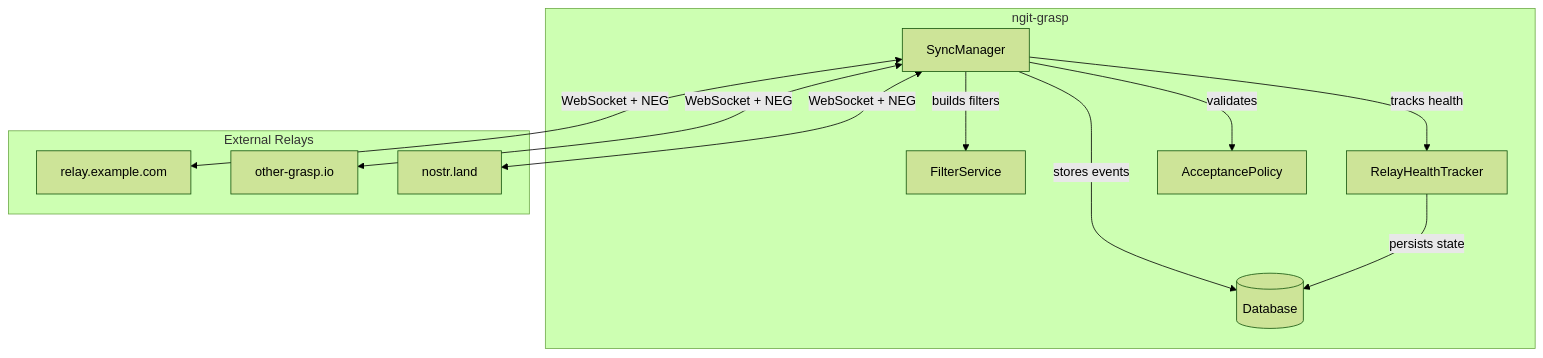
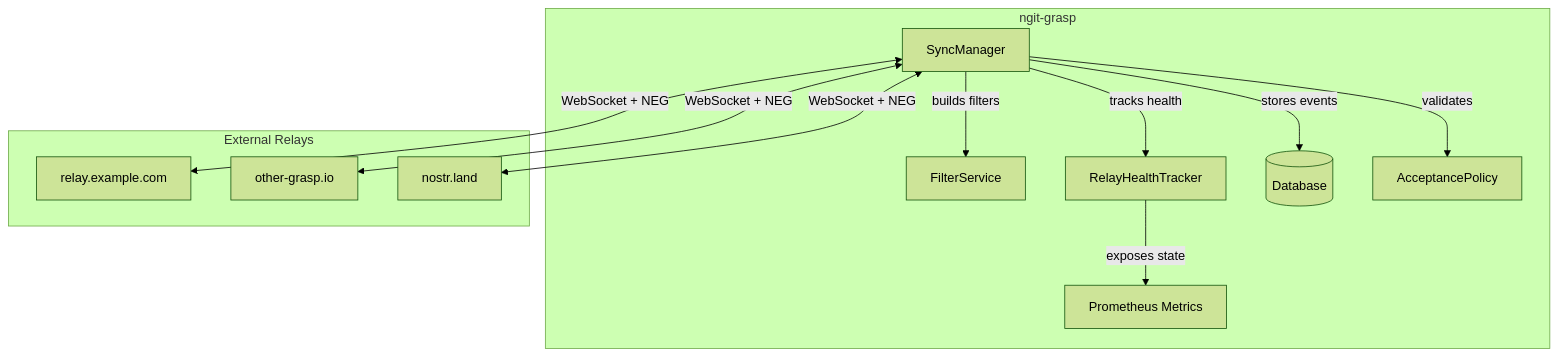
The first of 5 diagrams in docs/explanation/grasp-02-proactive-sync.md (Pleb5/ngit-grasp), drawn with Mermaid (forest theme) before and after one commit. The commit also changed other lines of this file and 1 other file, not shown here.

````diff
--- a/docs/explanation/grasp-02-proactive-sync.md
+++ b/docs/explanation/grasp-02-proactive-sync.md
@@ -18,27 +18,28 @@
 ```mermaid
 flowchart TB
     subgraph ngit-grasp
         SM[SyncManager]
         FS[FilterService]
         RH[RelayHealthTracker]
         DB[(Database)]
         AP[AcceptancePolicy]
+        MET[Prometheus Metrics]
     end
 
     subgraph External Relays
         R1[relay.example.com]
         R2[other-grasp.io]
         R3[nostr.land]
     end
 
     SM -->|builds filters| FS
     SM -->|tracks health| RH
     SM -->|stores events| DB
     SM -->|validates| AP
 
     SM <-->|WebSocket + NEG| R1
     SM <-->|WebSocket + NEG| R2
     SM <-->|WebSocket + NEG| R3
 
-    RH -->|persists state| DB
+    RH -->|exposes state| MET
 ```
````
